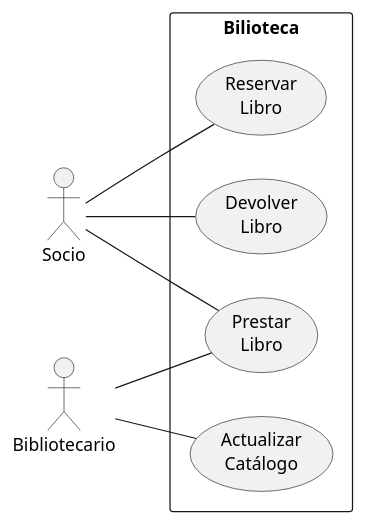
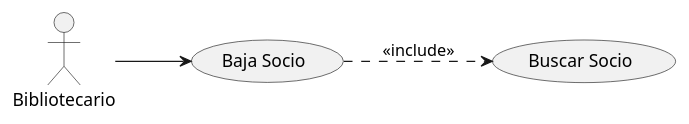
The diagram in src/diagrama de casos de uso.puml (preguntitas/PlanUml2), drawn with PlantUML before and after one commit.

Commit message:
Diagrama 3

```diff
--- a/src/diagrama de casos de uso.puml
+++ b/src/diagrama de casos de uso.puml
@@ -1,17 +1,10 @@
 @startuml
-:Socio: as socio
 :Bibliotecario: as bibliotecario
-rectangle Bilioteca as biblioteca {
-(Reservar\nLibro) as reservar
-(Prestar\nLibro) as prestar
-(Devolver\nLibro) as devolver
-(Actualizar\nCatálogo) as actualizar
-}
+(Baja Socio) as baja
+(Buscar Socio) as buscar
+
+bibliotecario --> baja
+baja ..> buscar : <<include>>
 
 left to right direction
-socio -- reservar
-socio -- prestar
-socio -- devolver
-bibliotecario -- actualizar
-bibliotecario -- prestar
 @enduml
```
